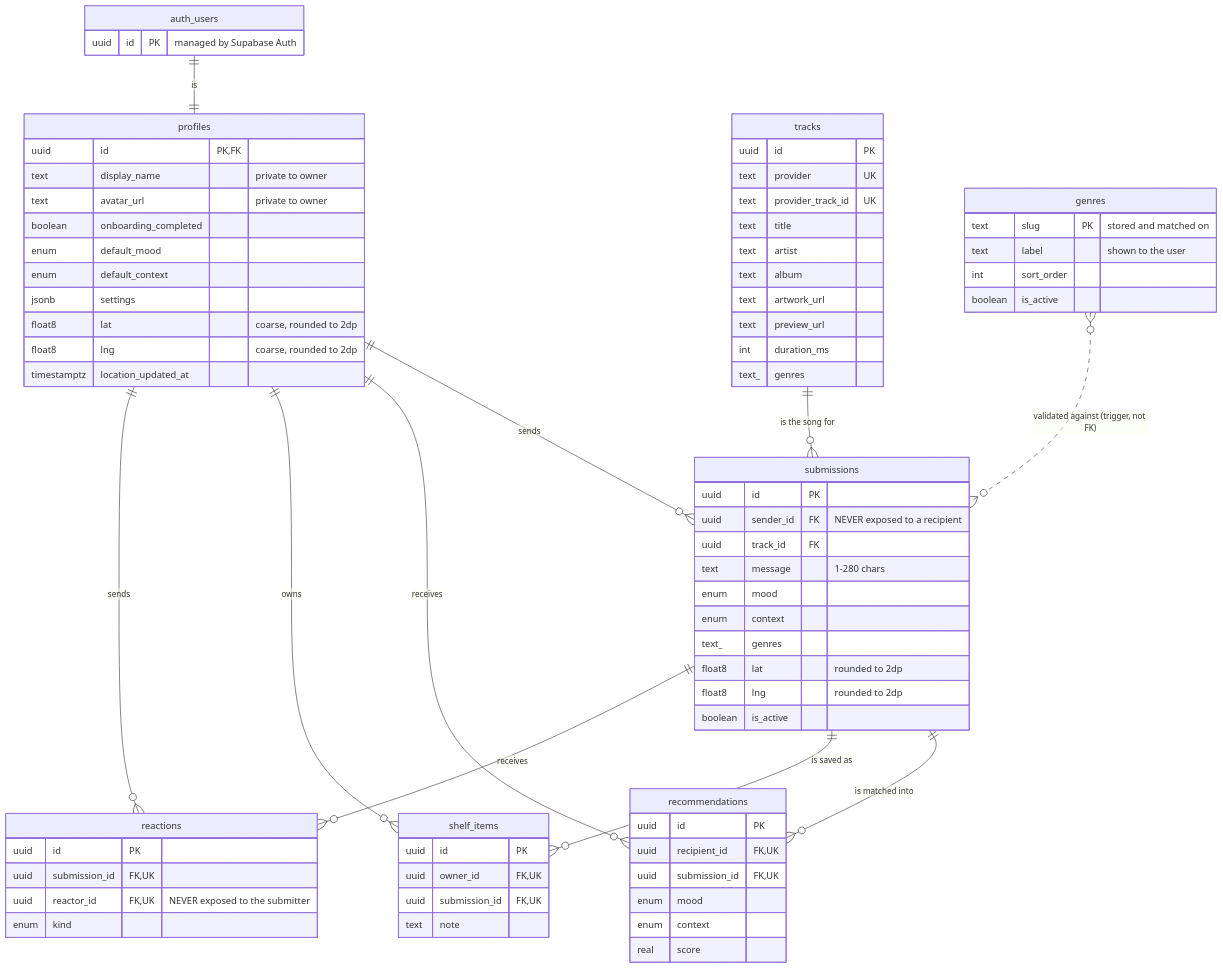
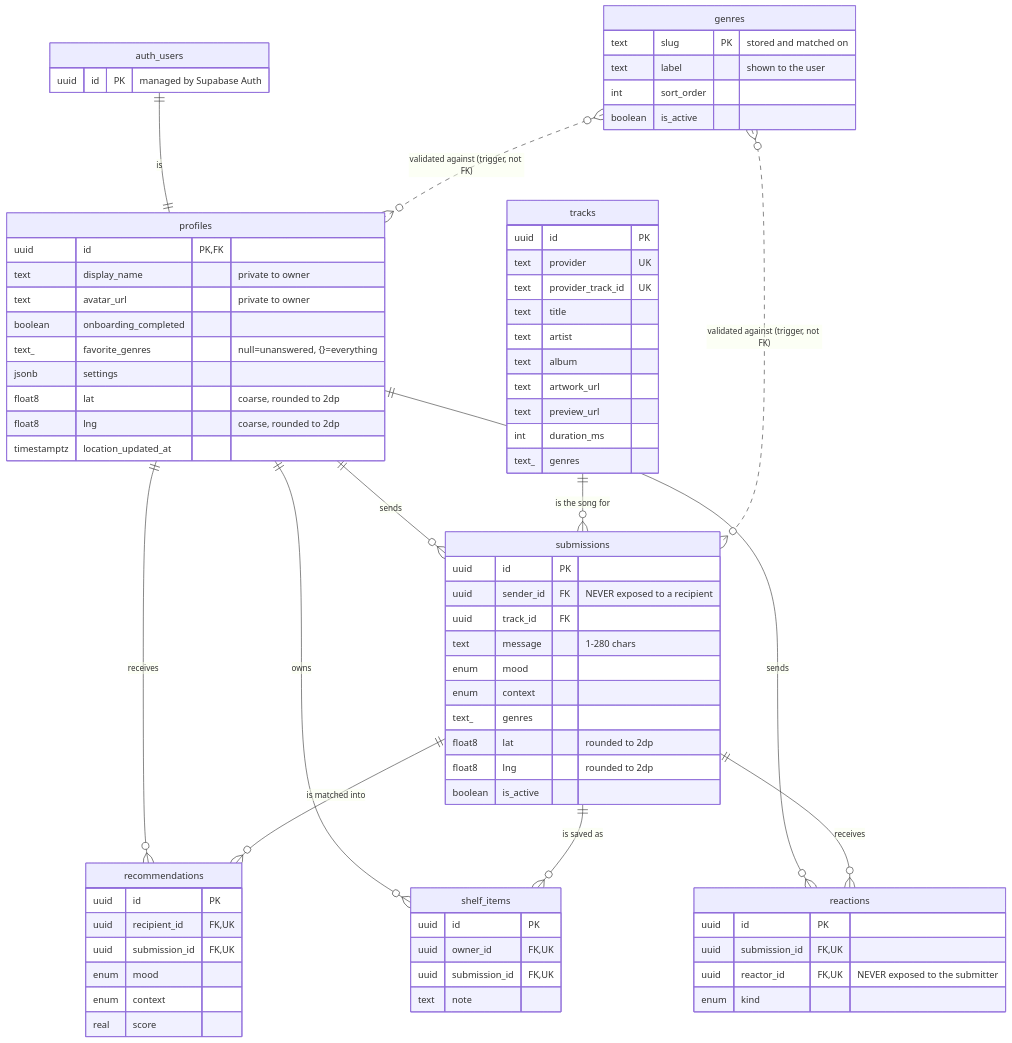
The diagram in docs/database.md (killlel/comp90018), drawn with Mermaid before and after one commit. The commit also changed other lines of this file and 3 other files, not shown here.

````diff
--- a/docs/database.md
+++ b/docs/database.md
@@ -54,79 +54,79 @@
 ```mermaid
 erDiagram
     auth_users     ||--||  profiles        : "is"
     profiles       ||--o{  submissions     : sends
     tracks         ||--o{  submissions     : "is the song for"
     profiles       ||--o{  recommendations : receives
     submissions    ||--o{  recommendations : "is matched into"
     profiles       ||--o{  shelf_items     : owns
     submissions    ||--o{  shelf_items     : "is saved as"
     profiles       ||--o{  reactions       : sends
     submissions    ||--o{  reactions       : receives
     genres         }o..o{  submissions     : "validated against (trigger, not FK)"
+    genres         }o..o{  profiles        : "validated against (trigger, not FK)"
 
     auth_users {
         uuid id PK "managed by Supabase Auth"
     }
     profiles {
         uuid        id                   PK,FK
         text        display_name         "private to owner"
         text        avatar_url           "private to owner"
         boolean     onboarding_completed
-        enum        default_mood
-        enum        default_context
+        text_       favorite_genres      "null=unanswered, {}=everything"
         jsonb       settings
         float8      lat                  "coarse, rounded to 2dp"
         float8      lng                  "coarse, rounded to 2dp"
         timestamptz location_updated_at
     }
     genres {
         text    slug       PK "stored and matched on"
         text    label      "shown to the user"
         int     sort_order
         boolean is_active
     }
     tracks {
         uuid   id                PK
         text   provider          UK
         text   provider_track_id UK
         text   title
         text   artist
         text   album
         text   artwork_url
         text   preview_url
         int    duration_ms
         text_  genres
     }
     submissions {
         uuid    id         PK
         uuid    sender_id  FK "NEVER exposed to a recipient"
         uuid    track_id   FK
         text    message    "1-280 chars"
         enum    mood
         enum    context
         text_   genres
         float8  lat        "rounded to 2dp"
         float8  lng        "rounded to 2dp"
         boolean is_active
     }
     recommendations {
         uuid  id            PK
         uuid  recipient_id  FK,UK
         uuid  submission_id FK,UK
         enum  mood
         enum  context
         real  score
     }
     shelf_items {
         uuid id            PK
         uuid owner_id      FK,UK
         uuid submission_id FK,UK
         text note
     }
     reactions {
         uuid id            PK
         uuid submission_id FK,UK
         uuid reactor_id    FK,UK "NEVER exposed to the submitter"
         enum kind
     }
 ```
````
